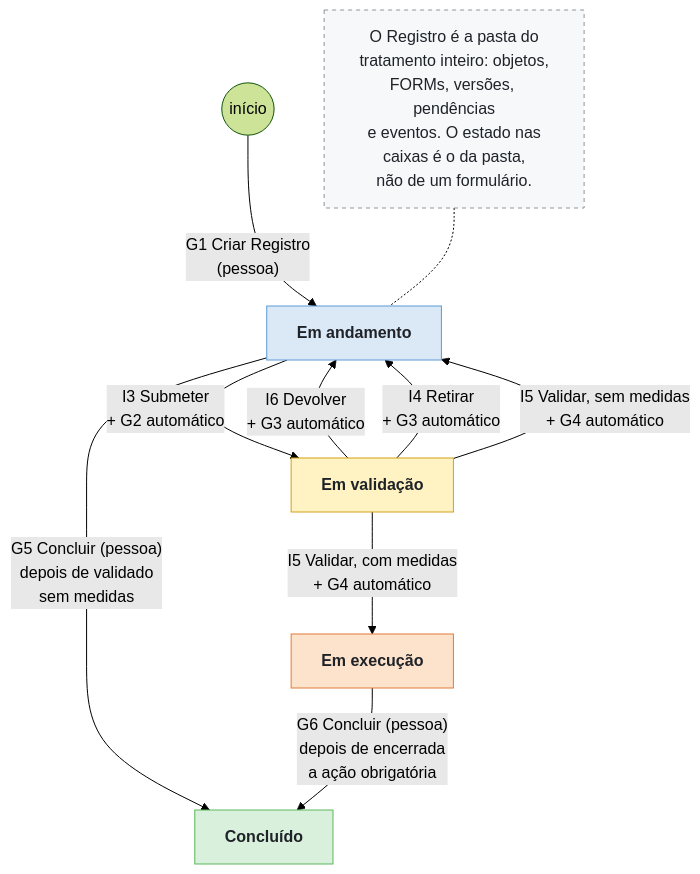
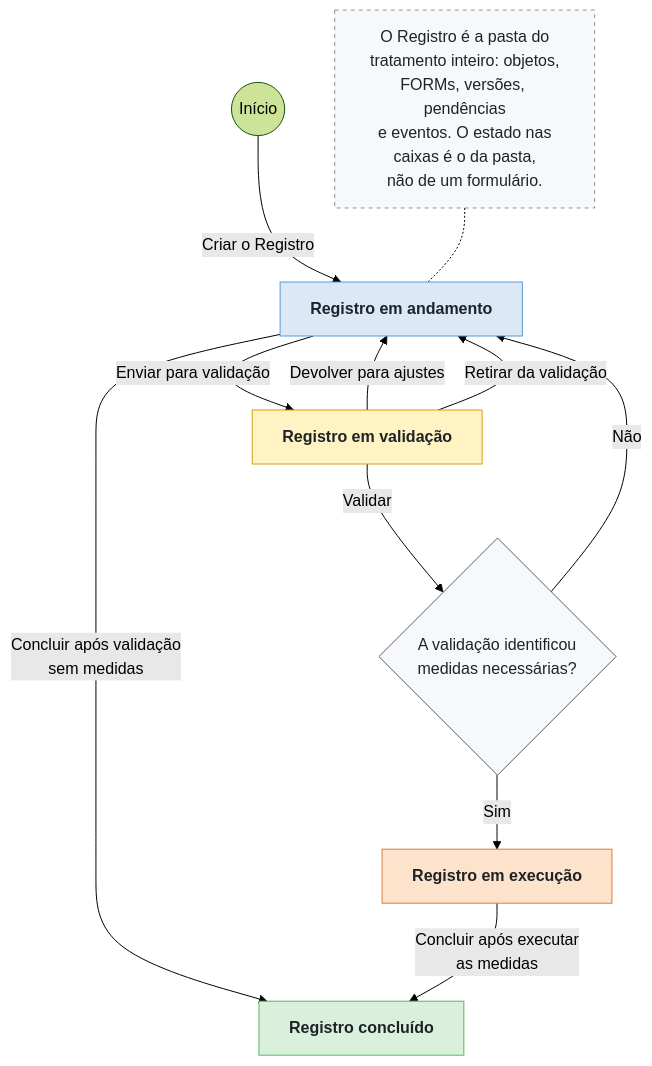
Before and after one commit to ailtonfv/governanca-lgpd-hortolandia: the first of 7 diagrams in docs/arquitetura/MAPA_M1a.md, drawn with Mermaid (forest theme). The commit also changed other lines of this file, not shown here.

Commit message:
Mapa do M1a: visão geral sem códigos, tabela de rastreabilidade, quadro técnico e códigos do SAD 04

````diff
--- a/docs/arquitetura/MAPA_M1a.md
+++ b/docs/arquitetura/MAPA_M1a.md
@@ -19,20 +9,22 @@
 ```mermaid
 flowchart TD
-    I(("início")) -- "G1 Criar Registro<br/>(pessoa)" --> A["Em andamento"]
-    A -- "I3 Submeter<br/>+ G2 automático" --> V["Em validação"]
-    V -- "I6 Devolver<br/>+ G3 automático" --> A
-    V -- "I4 Retirar<br/>+ G3 automático" --> A
-    V -- "I5 Validar, sem medidas<br/>+ G4 automático" --> A
-    V -- "I5 Validar, com medidas<br/>+ G4 automático" --> X["Em execução"]
-    A -- "G5 Concluir (pessoa)<br/>depois de validado<br/>sem medidas" --> C["Concluído"]
-    X -- "G6 Concluir (pessoa)<br/>depois de encerrada<br/>a ação obrigatória" --> C
+    I(("Início")) -- "Criar o Registro" --> A["Registro em andamento"]
+    A -- "Enviar para validação" --> V["Registro em validação"]
+    V -- "Devolver para ajustes" --> A
+    V -- "Retirar da validação" --> A
+    V -- "Validar" --> D{"A validação identificou<br/>medidas necessárias?"}
+    D -- "Não" --> A
+    D -- "Sim" --> X["Registro em execução"]
+    A -- "Concluir após validação<br/>sem medidas" --> C["Registro concluído"]
+    X -- "Concluir após executar<br/>as medidas" --> C
     R["O Registro é a pasta do<br/>tratamento inteiro: objetos,<br/>FORMs, versões, pendências<br/>e eventos. O estado nas<br/>caixas é o da pasta,<br/>não de um formulário."]
     R -.- A
     classDef estado color:#1f2328,font-weight:bold
     class A,V,X,C estado
     style A fill:#dbe9f7,stroke:#5b9bd5,color:#1f2328
     style V fill:#fff3c4,stroke:#d4a017,color:#1f2328
     style X fill:#fde3cc,stroke:#e07b39,color:#1f2328
     style C fill:#d8f0dc,stroke:#5cb85c,color:#1f2328
+    style D fill:#f6f8fa,stroke:#57606a,color:#1f2328
     style R fill:#f6f8fa,stroke:#8c959f,color:#1f2328,stroke-dasharray:4
 ```
````
